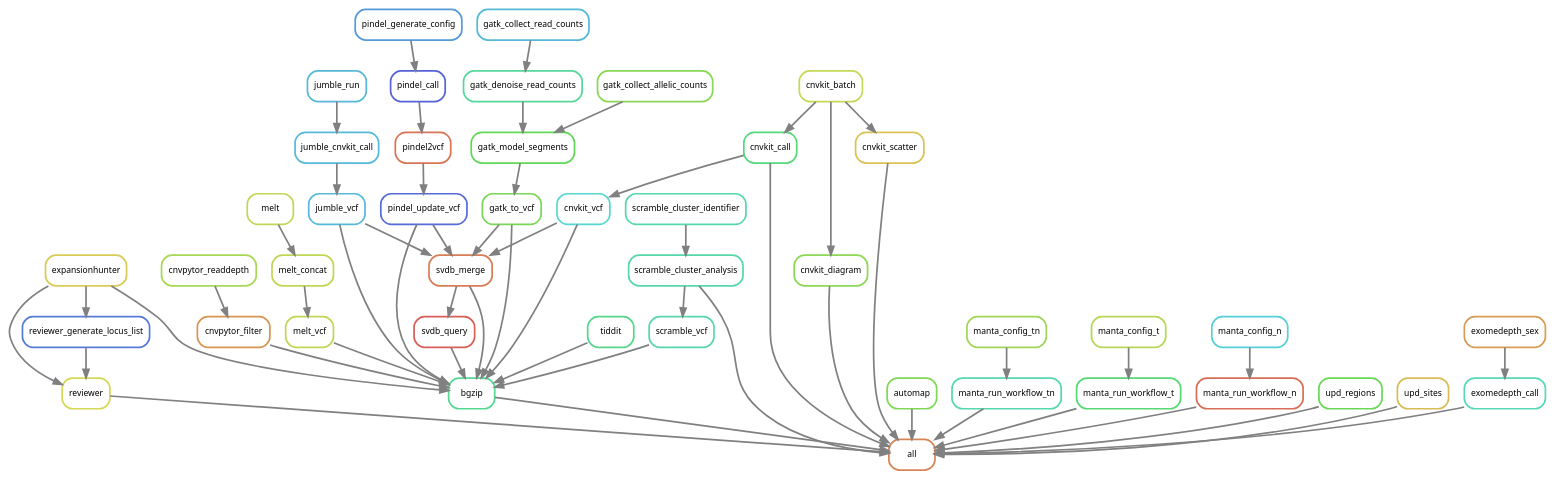
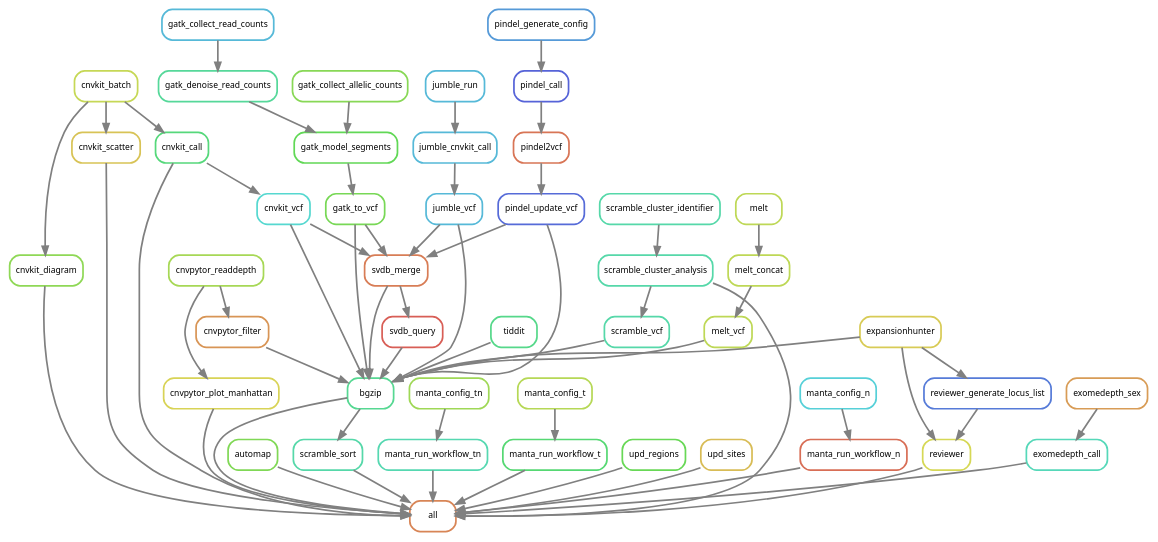
The diagram in docs/images/cnv_sv_short_read_dag.dot (hydra-genetics/cnv_sv), drawn with Graphviz before and after one commit. The commit also changed 1 other file, not shown here.

```diff
--- a/docs/images/cnv_sv_short_read_dag.dot
+++ b/docs/images/cnv_sv_short_read_dag.dot
@@ -1,103 +1,109 @@
 digraph snakemake_dag {
     graph[bgcolor=white, margin=0];
     node[shape=box, style=rounded, fontname=sans,                 fontsize=10, penwidth=2];
     edge[penwidth=2, color=grey];
 	0[label = "all", color = "0.06 0.6 0.85", style="rounded"];
 	1[label = "cnvkit_call", color = "0.38 0.6 0.85", style="rounded"];
 	2[label = "cnvkit_batch", color = "0.19 0.6 0.85", style="rounded"];
 	3[label = "cnvkit_diagram", color = "0.26 0.6 0.85", style="rounded"];
 	4[label = "cnvkit_scatter", color = "0.14 0.6 0.85", style="rounded"];
 	5[label = "bgzip", color = "0.41 0.6 0.85", style="rounded"];
 	6[label = "cnvkit_vcf", color = "0.49 0.6 0.85", style="rounded"];
 	7[label = "cnvpytor_filter", color = "0.08 0.6 0.85", style="rounded"];
 	8[label = "cnvpytor_readdepth", color = "0.23 0.6 0.85", style="rounded"];
 	9[label = "expansionhunter", color = "0.15 0.6 0.85", style="rounded"];
 	10[label = "gatk_to_vcf", color = "0.29 0.6 0.85", style="rounded"];
 	11[label = "gatk_model_segments", color = "0.32 0.6 0.85", style="rounded"];
 	12[label = "gatk_collect_allelic_counts", color = "0.27 0.6 0.85", style="rounded"];
 	13[label = "gatk_denoise_read_counts", color = "0.42 0.6 0.85", style="rounded"];
 	14[label = "gatk_collect_read_counts", color = "0.54 0.6 0.85", style="rounded"];
     35[label = "jumble_run", color = "0.54 0.6 0.85", style="rounded"];
     36[label = "jumble_cnvkit_call", color = "0.54 0.6 0.85", style="rounded"];
     37[label = "jumble_vcf", color = "0.54 0.6 0.85", style="rounded"];
 	15[label = "svdb_merge", color = "0.05 0.6 0.85", style="rounded"];
 	16[label = "pindel_update_vcf", color = "0.64 0.6 0.85", style="rounded"];
 	17[label = "pindel2vcf", color = "0.04 0.6 0.85", style="rounded"];
 	18[label = "pindel_call", color = "0.65 0.6 0.85", style="rounded"];
 	19[label = "pindel_generate_config", color = "0.58 0.6 0.85", style="rounded"];
 	20[label = "svdb_query", color = "0.01 0.6 0.85", style="rounded"];
 	21[label = "exomedepth_sex", color = "0.09 0.6 0.85", style="rounded"];
 	22[label = "tiddit", color = "0.40 0.6 0.85", style="rounded"];
 	23[label = "reviewer", color = "0.17 0.6 0.85", style="rounded"];
 	24[label = "reviewer_generate_locus_list", color = "0.62 0.6 0.85", style="rounded"];
 	25[label = "automap", color = "0.28 0.6 0.85", style="rounded"];
 	26[label = "manta_run_workflow_tn", color = "0.45 0.6 0.85", style="rounded"];
 	27[label = "manta_config_tn", color = "0.24 0.6 0.85", style="rounded"];
 	28[label = "manta_run_workflow_t", color = "0.37 0.6 0.85", style="rounded"];
 	29[label = "manta_config_t", color = "0.21 0.6 0.85", style="rounded"];
 	30[label = "manta_run_workflow_n", color = "0.03 0.6 0.85", style="rounded"];
 	31[label = "manta_config_n", color = "0.51 0.6 0.85", style="rounded"];
 	32[label = "upd_regions", color = "0.31 0.6 0.85", style="rounded"];
 	33[label = "upd_sites", color = "0.13 0.6 0.85", style="rounded"];
 	34[label = "exomedepth_call", color = "0.46 0.6 0.85", style="rounded"];
 	38[label = "melt", color = "0.20 0.6 0.85", style="rounded"];
 	39[label = "melt_concat", color = "0.20 0.6 0.85", style="rounded"];
 	40[label = "melt_vcf", color = "0.20 0.6 0.85", style="rounded"];
 	41[label = "scramble_cluster_identifier", color = "0.44 0.6 0.85", style="rounded"];
 	42[label = "scramble_cluster_analysis", color = "0.44 0.6 0.85", style="rounded"];
 	43[label = "scramble_vcf", color = "0.44 0.6 0.85", style="rounded"];
+	44[label = "cnvpytor_plot_manhattan", color = "0.16 0.6 0.85", style="rounded"];
+	45[label = "scramble_sort", color = "0.44 0.6 0.85", style="rounded"];
     35 -> 36
     36 -> 37
     37 -> 15
     37 -> 5
 	30 -> 0
 	28 -> 0
 	1 -> 0
 	5 -> 0
 	3 -> 0
 	26 -> 0
 	25 -> 0
 	32 -> 0
 	34 -> 0
 	33 -> 0
 	4 -> 0
 	23 -> 0
 	42 -> 0
+	45 -> 0
+	44 -> 0
 	2 -> 1
 	2 -> 3
 	2 -> 4
 	20 -> 5
 	22 -> 5
 	15 -> 5
 	10 -> 5
 	7 -> 5
 	6 -> 5
 	16 -> 5
 	9 -> 5
 	1 -> 6
 	8 -> 7
+	8 -> 44
 	11 -> 10
 	13 -> 11
 	12 -> 11
 	14 -> 13
 	6 -> 15
 	16 -> 15
 	10 -> 15
 	17 -> 16
 	18 -> 17
 	19 -> 18
 	15 -> 20
 	9 -> 23
 	24 -> 23
 	9 -> 24
 	27 -> 26
 	29 -> 28
 	31 -> 30
 	21 -> 34
 	38 -> 39
 	39 -> 40
 	40 -> 5
 	41 -> 42
 	42 -> 43
 	43 -> 5
+	5 -> 45
 }
```
